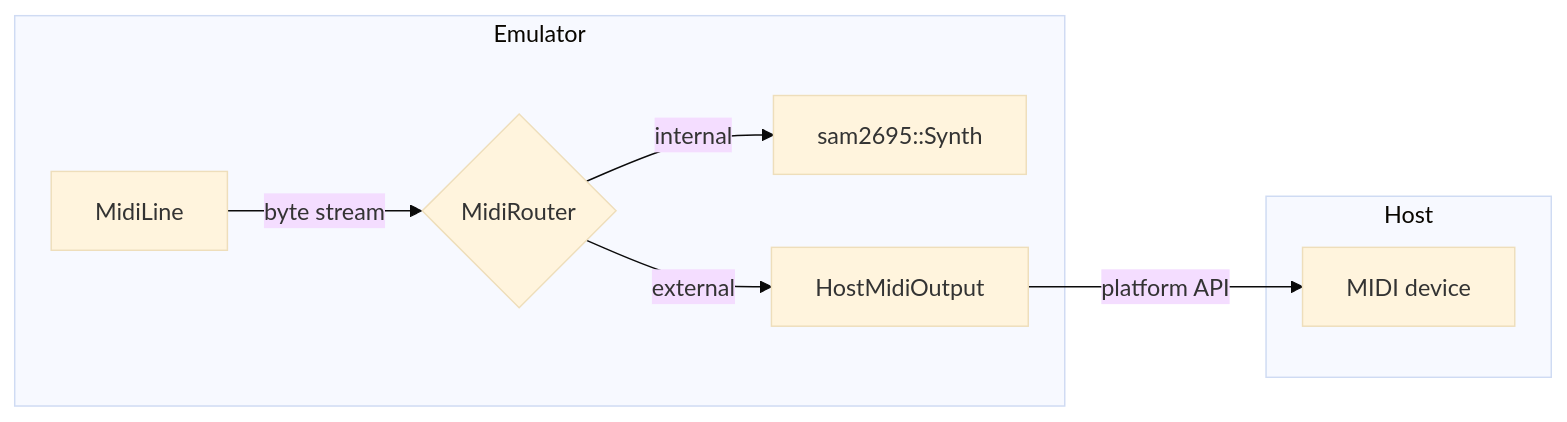
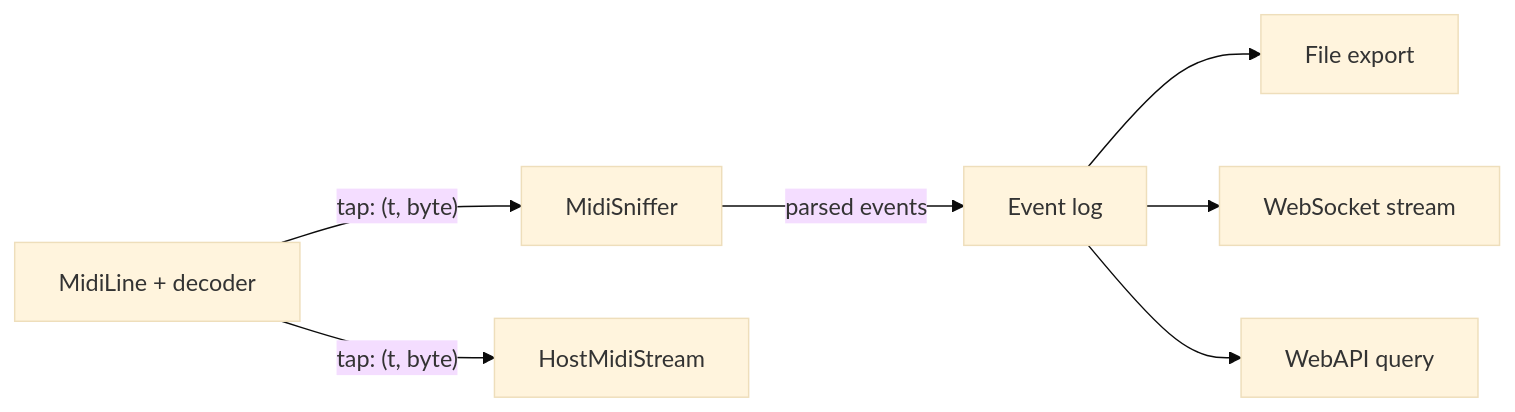
Before and after one commit to alfishe/unreal-ng: the eighth of 12 diagrams in docs/inprogress/2026-10-03-zx-multisound/tdd-midi-host-output.md, drawn with Mermaid (base theme). The commit also changed other lines of this file and 2 other files, not shown here.

First line of the commit message:
docs(multisound): merge the second SAM-6 host MIDI output draft into tdd-midi-host-output.md

````diff
--- a/docs/inprogress/2026-10-03-zx-multisound/tdd-midi-host-output.md
+++ b/docs/inprogress/2026-10-03-zx-multisound/tdd-midi-host-output.md
@@ -24,11 +894,9 @@
 ```mermaid
 flowchart LR
-    subgraph Emulator
-        ML[MidiLine] -->|byte stream| Router{MidiRouter}
-        Router -->|internal| SAM[sam2695::Synth]
-        Router -->|external| HO[HostMidiOutput]
-    end
-    subgraph Host
-        HO -->|platform API| Dev[MIDI device]
-    end
+    ML[MidiLine + decoder] -->|"tap: (t, byte)"| Sniffer[MidiSniffer]
+    ML -->|"tap: (t, byte)"| Stream[HostMidiStream]
+    Sniffer -->|parsed events| Log[Event log]
+    Log --> File[File export]
+    Log --> WS[WebSocket stream]
+    Log --> API[WebAPI query]
 ```
````
